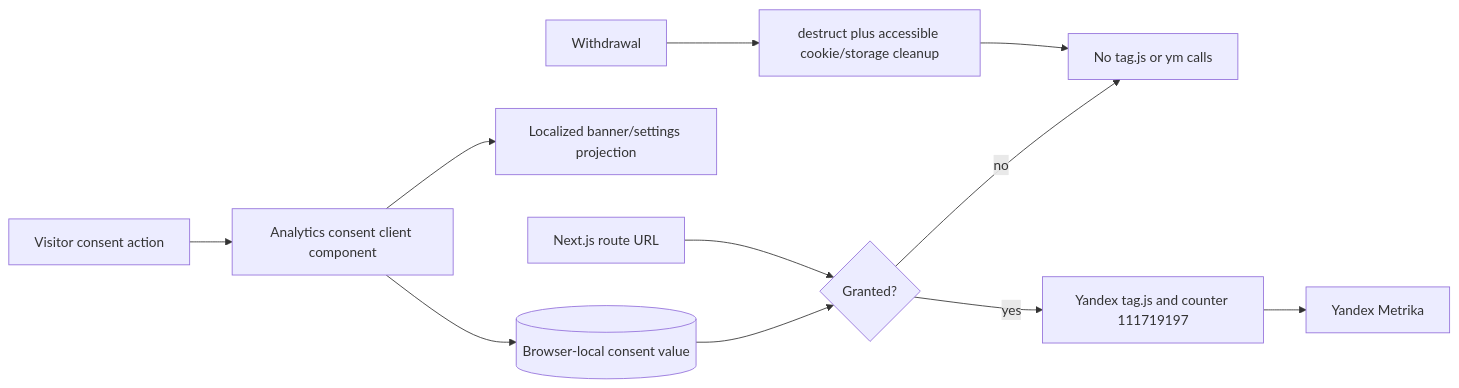
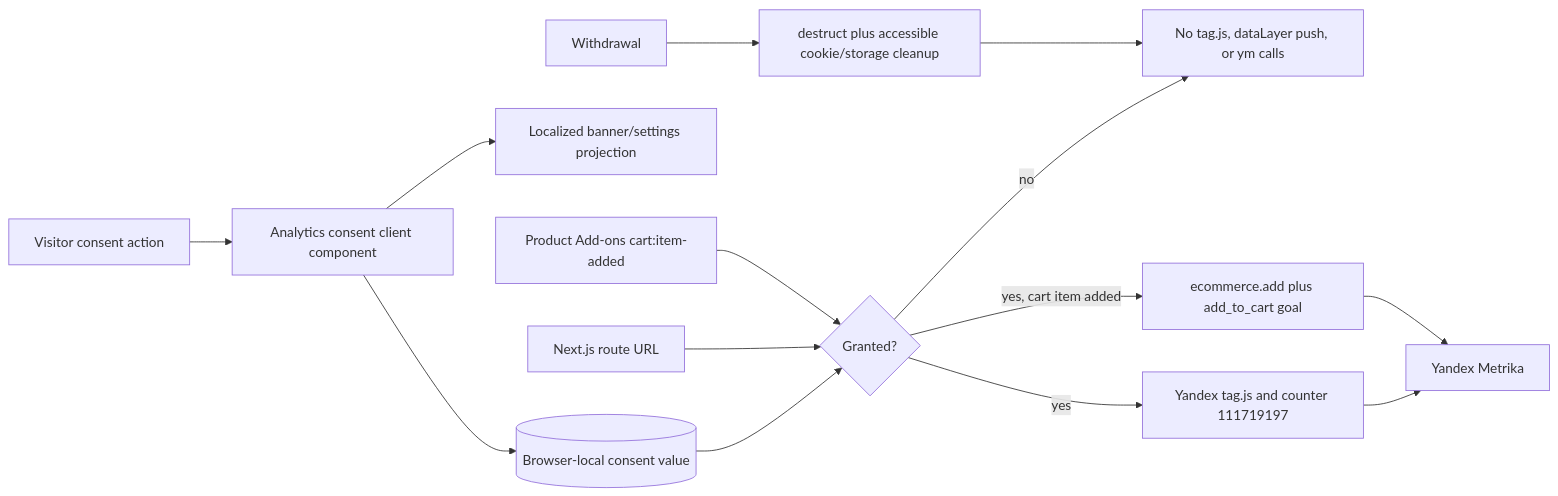
Before and after one commit to AtoshaKartosha/sunluk: the third of 3 diagrams in flows/features/analytics-consent.md, drawn with Mermaid. The commit also changed other lines of this file and 7 other files, not shown here.

````diff
--- a/flows/features/analytics-consent.md
+++ b/flows/features/analytics-consent.md
@@ -87,13 +93,16 @@
 ```mermaid
 flowchart LR
   Action[Visitor consent action] --> Controller[Analytics consent client component]
   Controller --> Choice[(Browser-local consent value)]
   Controller --> Projection[Localized banner/settings projection]
   Choice --> Gate{Granted?}
-  Gate -->|no| Block[No tag.js or ym calls]
+  Route[Next.js route URL] --> Gate
+  CartAdd[Product Add-ons cart:item-added] --> Gate
+  Gate -->|no| Block[No tag.js, dataLayer push, or ym calls]
   Gate -->|yes| Tag[Yandex tag.js and counter 111719197]
-  Route[Next.js route URL] --> Gate
+  Gate -->|yes, cart item added| ProductTelemetry[ecommerce.add plus add_to_cart goal]
   Tag --> Metrika[Yandex Metrika]
+  ProductTelemetry --> Metrika
   Withdraw[Withdrawal] --> Destroy[destruct plus accessible cookie/storage cleanup]
   Destroy --> Block
 ```
````
